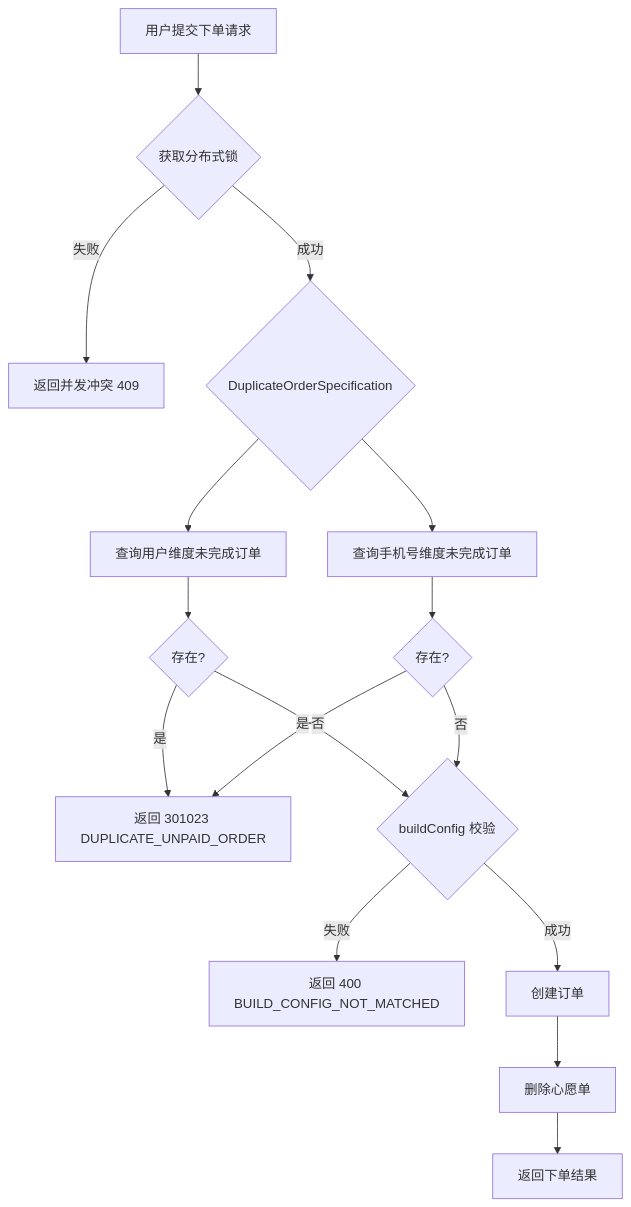
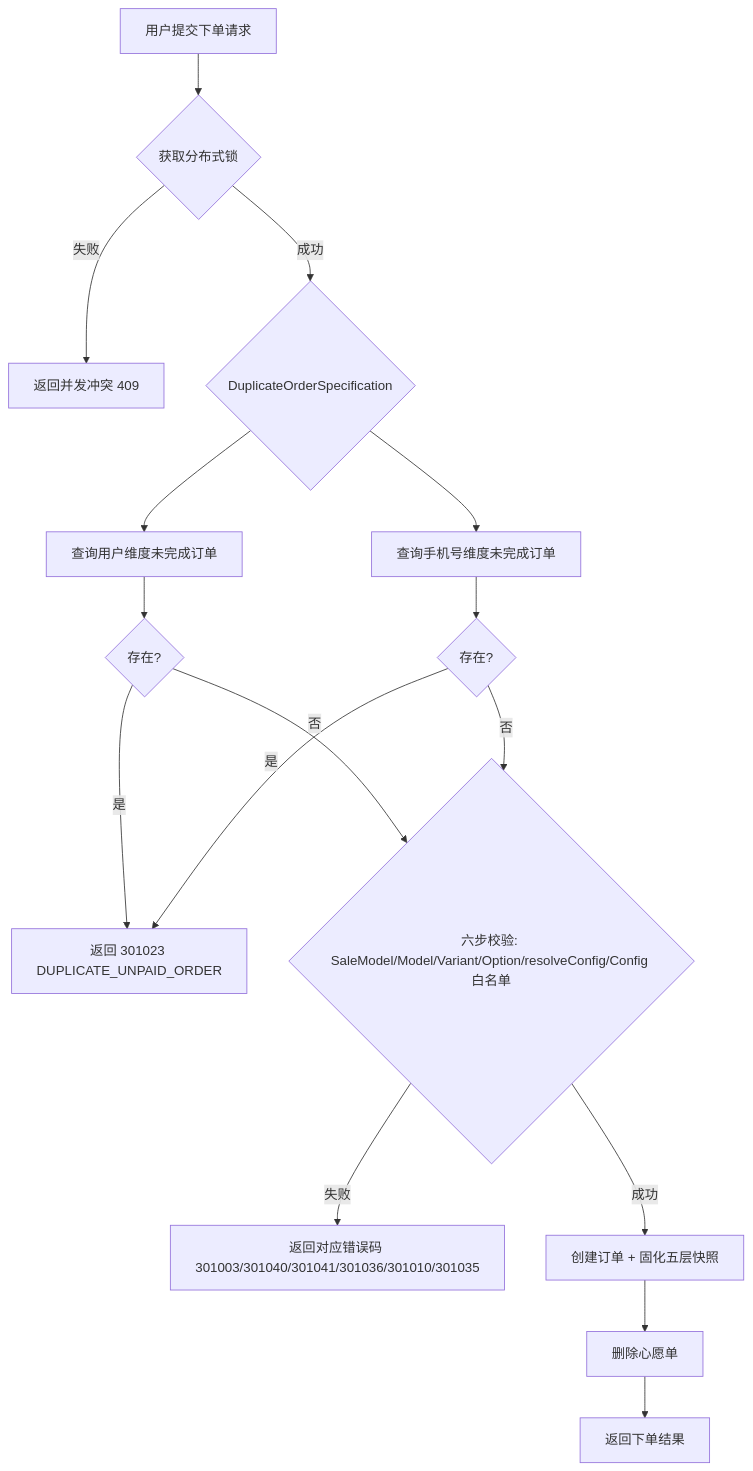
One commit to hwyzleo/iov-cloud-otd-vso changed diagram 13 of 27 in specs/vehicle-sale-order/design.md. Above: the diagram before and after it, drawn with Mermaid. The commit also changed other lines of this file and 58 other files, not shown here.

````diff
--- a/specs/vehicle-sale-order/design.md
+++ b/specs/vehicle-sale-order/design.md
@@ -956,18 +983,18 @@
 ```mermaid
 flowchart TD
     A[用户提交下单请求] --> B{获取分布式锁}
     B -->|失败| C[返回并发冲突 409]
     B -->|成功| D{DuplicateOrderSpecification}
     D --> E[查询用户维度未完成订单]
     D --> F[查询手机号维度未完成订单]
     E --> G{存在?}
     F --> H{存在?}
     G -->|是| I[返回 301023 DUPLICATE_UNPAID_ORDER]
     H -->|是| I
-    G -->|否| J{buildConfig 校验}
+    G -->|否| J{六步校验: SaleModel/Model/Variant/Option/resolveConfig/Config 白名单}
     H -->|否| J
-    J -->|失败| K[返回 400 BUILD_CONFIG_NOT_MATCHED]
-    J -->|成功| L[创建订单]
+    J -->|失败| K[返回对应错误码 301003/301040/301041/301036/301010/301035]
+    J -->|成功| L[创建订单 + 固化五层快照]
     L --> M[删除心愿单]
     M --> N[返回下单结果]
 ```
````
